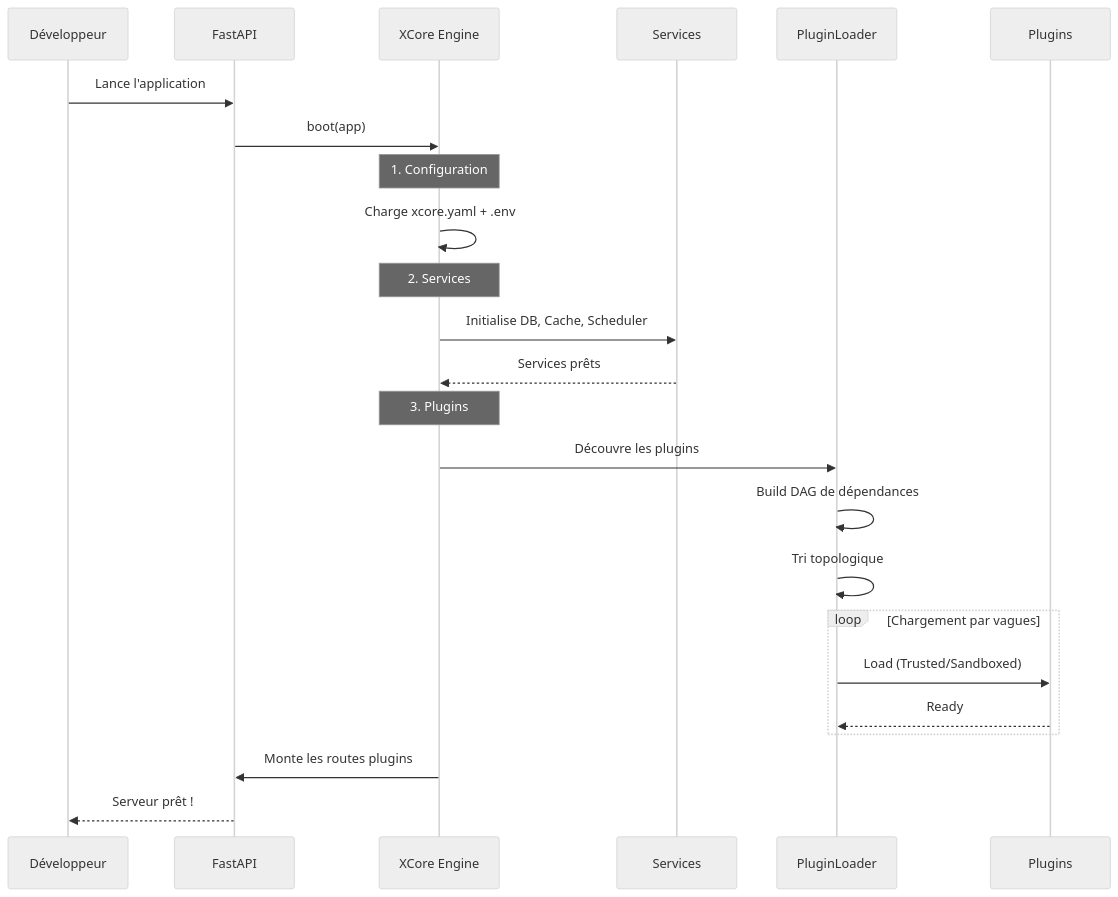
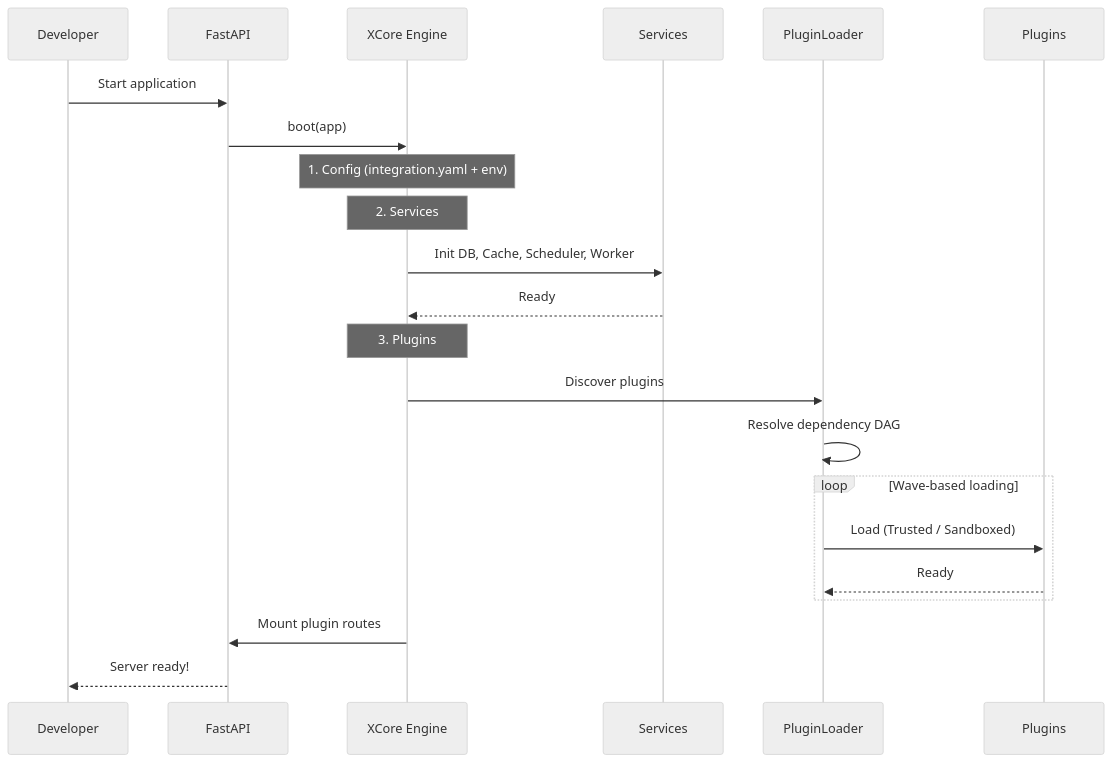
One commit to traoreera/xcore changed the third of 3 diagrams in doc/index.md. Above: the diagram before and after it, drawn with Mermaid (neutral theme). The commit also changed other lines of this file and 41 other files, not shown here.

````diff
--- a/doc/index.md
+++ b/doc/index.md
@@ -119,32 +109,29 @@
 ```mermaid
 sequenceDiagram
-    participant Dev as Développeur
+    participant Dev as Developer
     participant App as FastAPI
     participant Kernel as XCore Engine
-    participant Services as Services
+    participant Svc as Services
     participant Loader as PluginLoader
     participant P as Plugins
 
-    Dev->>App: Lance l'application
+    Dev->>App: Start application
     App->>Kernel: boot(app)
 
-    Note over Kernel: 1. Configuration
-    Kernel->>Kernel: Charge xcore.yaml + .env
-
+    Note over Kernel: 1. Config (integration.yaml + env)
     Note over Kernel: 2. Services
-    Kernel->>Services: Initialise DB, Cache, Scheduler
-    Services-->>Kernel: Services prêts
+    Kernel->>Svc: Init DB, Cache, Scheduler, Worker
+    Svc-->>Kernel: Ready
 
     Note over Kernel: 3. Plugins
-    Kernel->>Loader: Découvre les plugins
-    Loader->>Loader: Build DAG de dépendances
-    Loader->>Loader: Tri topologique
+    Kernel->>Loader: Discover plugins
+    Loader->>Loader: Resolve dependency DAG
 
-    loop Chargement par vagues
-        Loader->>P: Load (Trusted/Sandboxed)
+    loop Wave-based loading
+        Loader->>P: Load (Trusted / Sandboxed)
         P-->>Loader: Ready
     end
 
-    Kernel->>App: Monte les routes plugins
-    App-->>Dev: Serveur prêt !
+    Kernel->>App: Mount plugin routes
+    App-->>Dev: Server ready!
 ```
````
